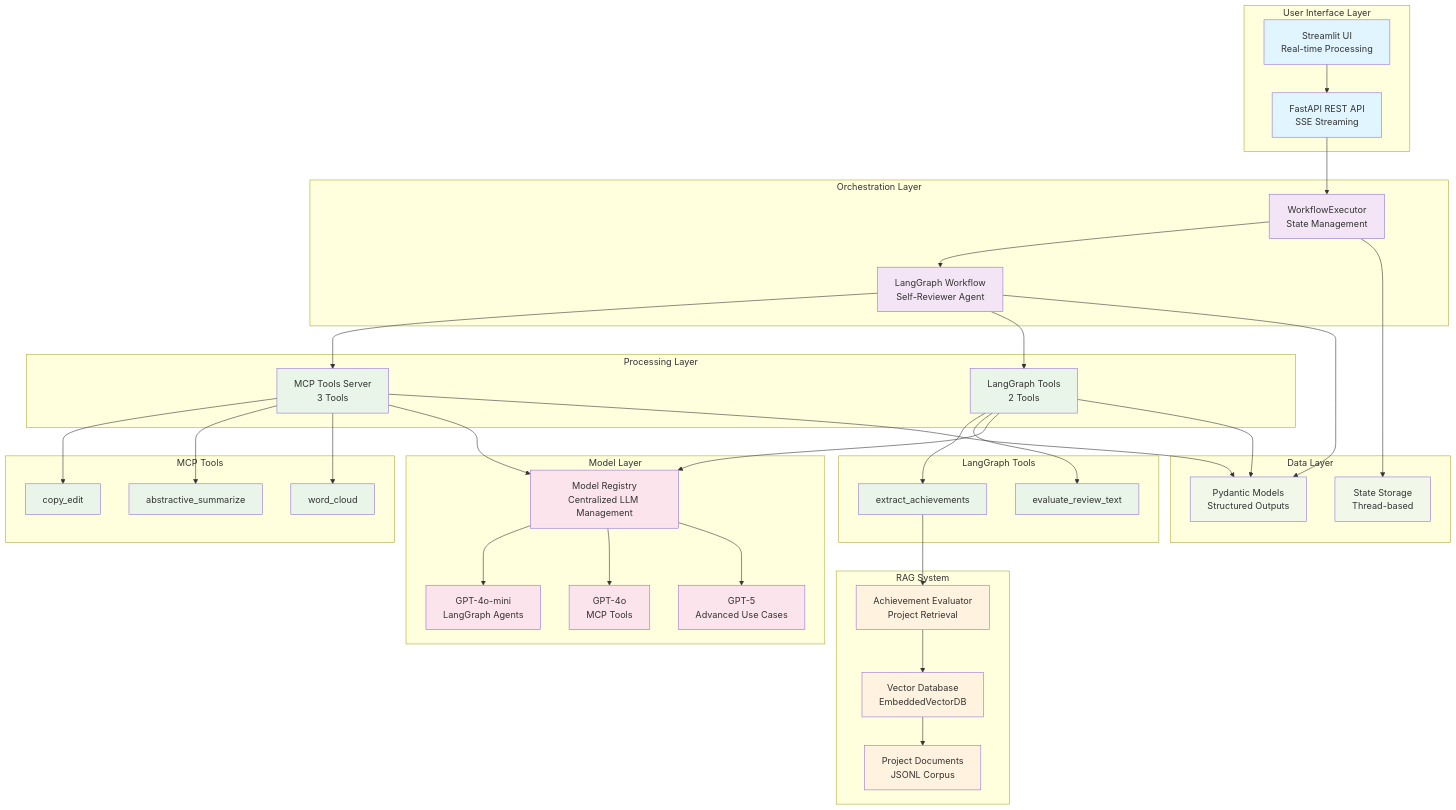
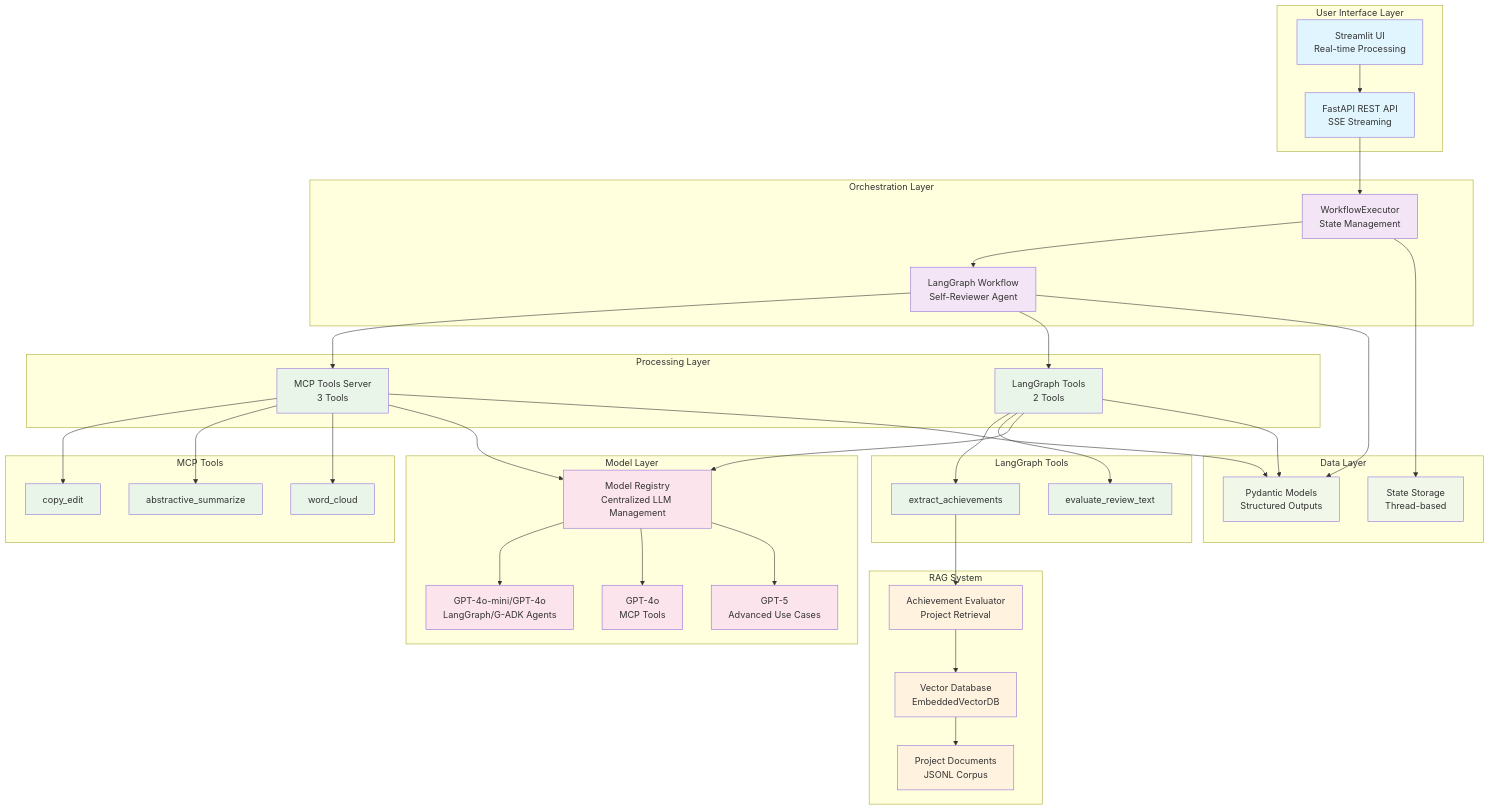
Before and after one commit to supportvectors/metamorphosis: the diagram in README.md, drawn with Mermaid. The commit also changed other lines of this file and 1 other file, not shown here.

```diff
--- a/README.md
+++ b/README.md
@@ -146,7 +146,7 @@
     
     subgraph "Model Layer"
         MR[Model Registry<br/>Centralized LLM Management]
-        GPT1[GPT-4o-mini<br/>LangGraph Agents]
+        GPT1[GPT-4o-mini/GPT-4o<br/>LangGraph/G-ADK Agents]
         GPT2[GPT-4o<br/>MCP Tools]
         GPT3[GPT-5<br/>Advanced Use Cases]
     end
```
